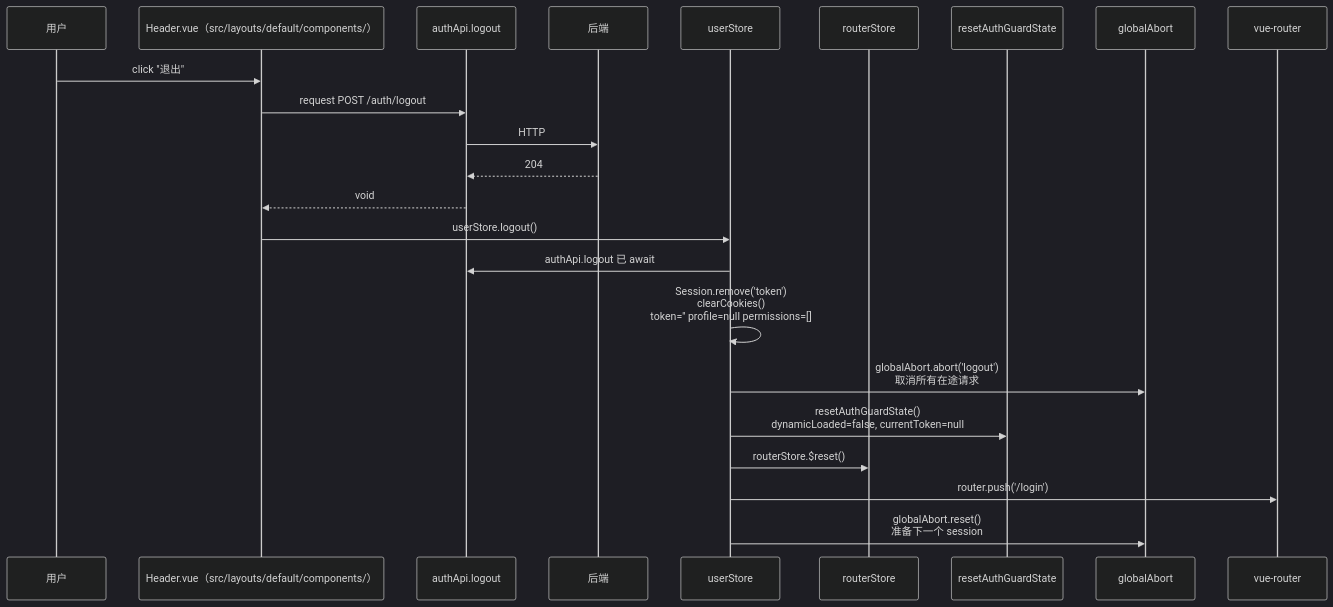
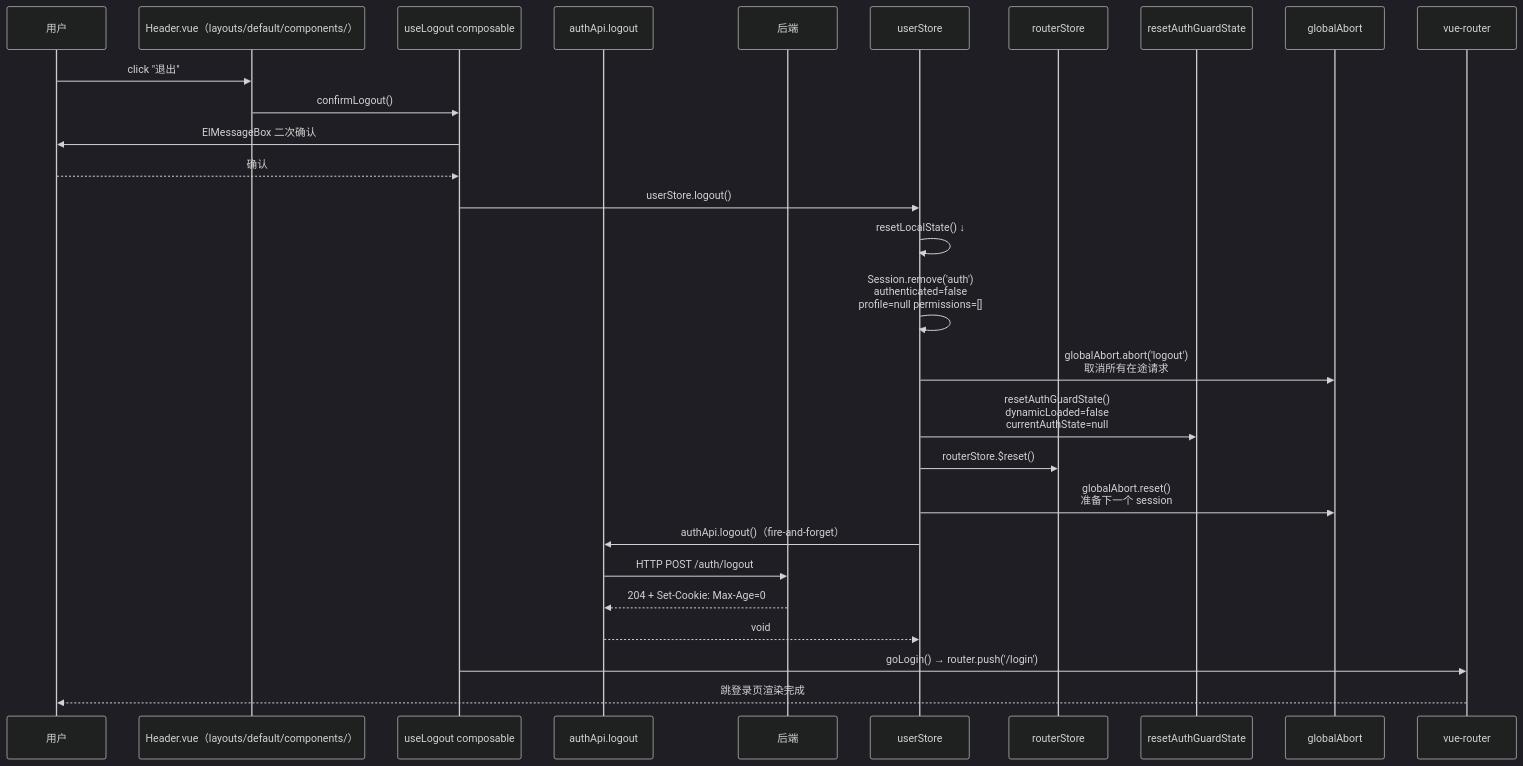
Before and after one commit to Mr-Super-X/vue3-vite-project: the fourth of 7 diagrams in docs/23-权限设计.md, drawn with Mermaid (dark theme). The commit also changed other lines of this file and 13 other files, not shown here.

````diff
--- a/docs/23-权限设计.md
+++ b/docs/23-权限设计.md
@@ -139,26 +144,31 @@
 ```mermaid
 sequenceDiagram
   participant U as 用户
-  participant H as Header.vue（src/layouts/default/components/）
+  participant H as Header.vue（layouts/default/components/）
+  participant L as useLogout composable
   participant A as authApi.logout
   participant K as 后端
   participant S as userStore
   participant R as routerStore
   participant GA as resetAuthGuardState
   participant AB as globalAbort
   participant RG as vue-router
 
   U->>H: click "退出"
-  H->>A: request POST /auth/logout
-  A->>K: HTTP
-  K-->>A: 204
-  A-->>H: void
-  H->>S: userStore.logout()
-  S->>A: authApi.logout 已 await
-  S->>S: Session.remove('token')<br/>clearCookies()<br/>token='' profile=null permissions=[]
+  H->>L: confirmLogout()
+  L->>U: ElMessageBox 二次确认
+  U-->>L: 确认
+  L->>S: userStore.logout()
+  S->>S: resetLocalState() ↓
+  S->>S: Session.remove('auth')<br/>authenticated=false<br/>profile=null permissions=[]
   S->>AB: globalAbort.abort('logout')<br/>取消所有在途请求
-  S->>GA: resetAuthGuardState()<br/>dynamicLoaded=false, currentToken=null
+  S->>GA: resetAuthGuardState()<br/>dynamicLoaded=false<br/>currentAuthState=null
   S->>R: routerStore.$reset()
-  S->>RG: router.push('/login')
   S->>AB: globalAbort.reset()<br/>准备下一个 session
+  S->>A: authApi.logout()（fire-and-forget）
+  A->>K: HTTP POST /auth/logout
+  K-->>A: 204 + Set-Cookie: Max-Age=0
+  A-->>S: void
+  L->>RG: goLogin() → router.push('/login')
+  RG-->>U: 跳登录页渲染完成
 ```
````
